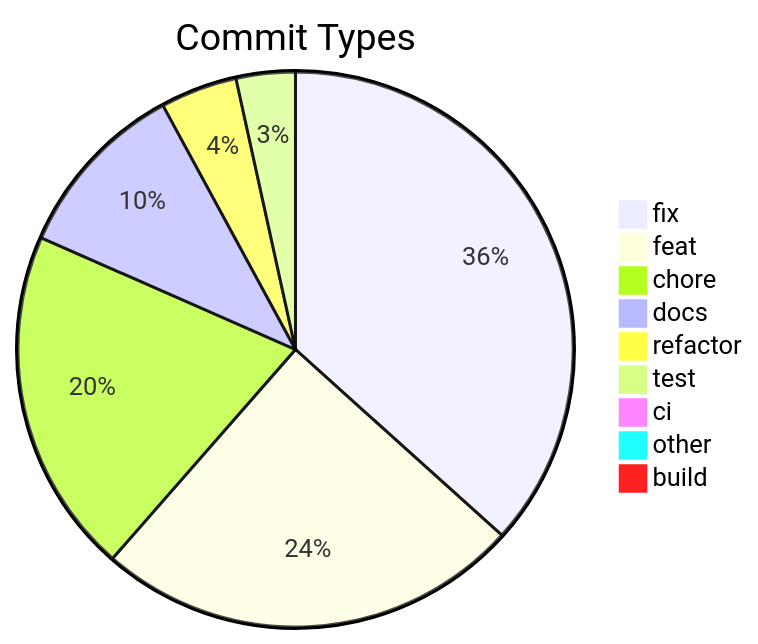
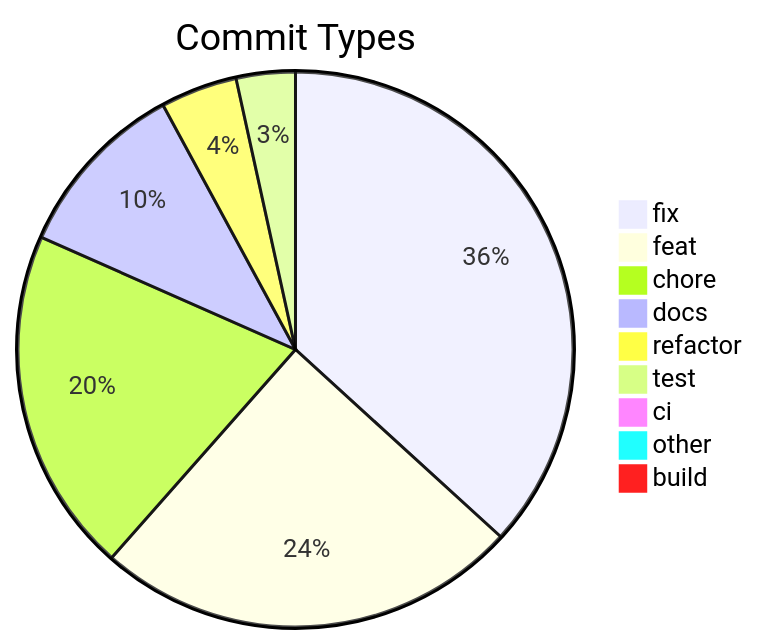
One commit to svenroth-ai/shipwright-webui changed the diagram in .shipwright/compliance/change-history.md. Above: the diagram before and after it, drawn with Mermaid. The commit also changed other lines of this file and 14 other files, not shown here.

````diff
--- a/.shipwright/compliance/change-history.md
+++ b/.shipwright/compliance/change-history.md
@@ -8,12 +8,12 @@
 ```mermaid
 pie title Commit Types
-    "fix" : 213
+    "fix" : 214
     "feat" : 144
     "chore" : 117
     "docs" : 61
     "refactor" : 26
     "test" : 20
     "ci" : 5
     "other" : 4
     "build" : 1
 ```
````
